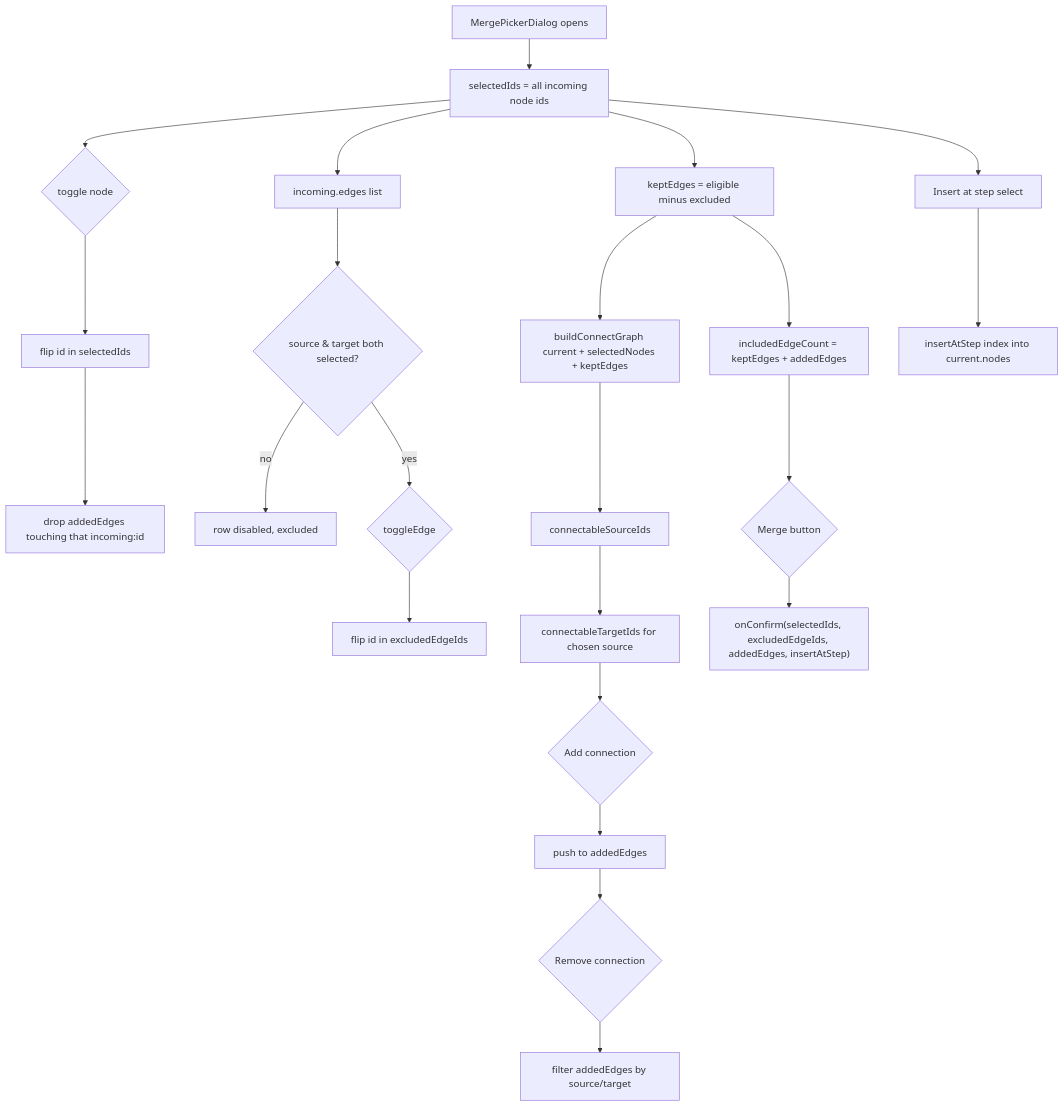
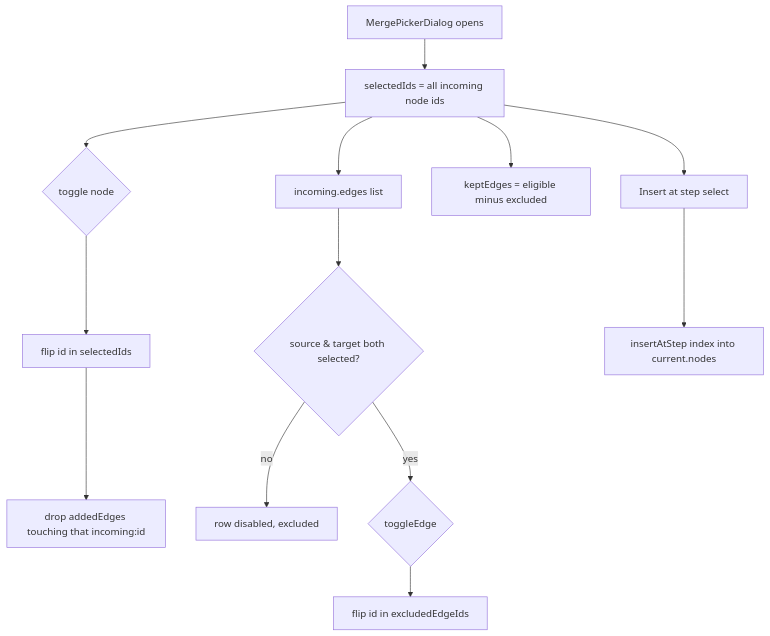
Before and after one commit to jgyy/architect-model: the first of 2 diagrams in docs/categories/merge-picker-dialog.md, drawn with Mermaid. The commit also changed 31 other files, not shown here.

Commit message:
docs: split mermaids into 2 for easier viewing (#52)

````diff
--- a/docs/categories/merge-picker-dialog.md
+++ b/docs/categories/merge-picker-dialog.md
@@ -7,25 +9,15 @@
 ```mermaid
 flowchart TD
     A[MergePickerDialog opens] --> B[selectedIds = all incoming node ids]
     B --> C{toggle node}
     C --> D[flip id in selectedIds]
     D --> E[drop addedEdges touching that incoming:id]
     B --> F[incoming.edges list]
     F --> G{source & target both selected?}
     G -- no --> G1[row disabled, excluded]
     G -- yes --> H{toggleEdge}
     H --> I[flip id in excludedEdgeIds]
     B --> J[keptEdges = eligible minus excluded]
-    J --> K[buildConnectGraph current + selectedNodes + keptEdges]
-    K --> L[connectableSourceIds]
-    L --> M[connectableTargetIds for chosen source]
-    M --> N{Add connection}
-    N --> O[push to addedEdges]
-    O --> P{Remove connection}
-    P --> Q[filter addedEdges by source/target]
     B --> R[Insert at step select]
     R --> S[insertAtStep index into current.nodes]
-    J --> T[includedEdgeCount = keptEdges + addedEdges]
-    T --> U{Merge button}
-    U --> V["onConfirm(selectedIds, excludedEdgeIds, addedEdges, insertAtStep)"]
 ```
````
